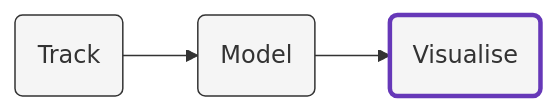
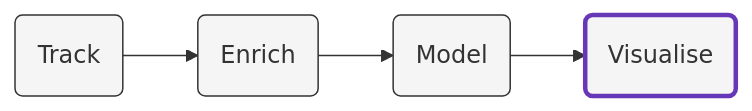
Before and after one commit to snowplow-incubator/consent-tracking-accelerator: the diagram in content/visualisation/_index.md, drawn with Mermaid. The commit also changed other lines of this file and 5 other files, not shown here.

```diff
--- a/content/visualisation/_index.md
+++ b/content/visualisation/_index.md
@@ -13,8 +13,9 @@
 {{<mermaid>}}
 flowchart LR
-    id1(Track)-->id2(Model)-->id3(Visualise)
-    style id3 fill:#f5f5f5,stroke:#6638B8,stroke-width:3px
+    id1(Track)-->id2(Enrich)-->id3(Model)-->id4(Visualise)
     style id1 fill:#f5f5f5,stroke:#333,stroke-width:1px
     style id2 fill:#f5f5f5,stroke:#333,stroke-width:1px
+    style id3 fill:#f5f5f5,stroke:#333,stroke-width:1px
+    style id4 fill:#f5f5f5,stroke:#6638B8,stroke-width:3px
 
 {{</mermaid >}}
```
